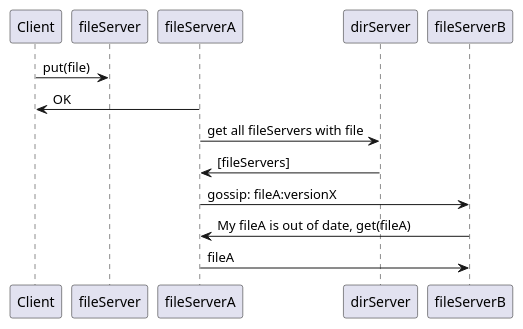
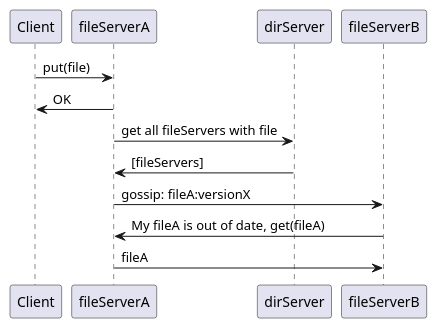
The fourth of 5 diagrams in report/diagrams.org (KillianDavitt/CS4032-DistributedFileSystem), drawn with PlantUML before and after one commit. The commit also changed other lines of this file and 1 other file, not shown here.

```diff
--- a/report/diagrams.org
+++ b/report/diagrams.org
@@ -40,12 +40,12 @@
 #+BEGIN_SRC plantuml :file replication.png
-Client -> fileServer: put(file)
+Client -> fileServerA: put(file)
 fileServerA -> Client: OK
 fileServerA -> dirServer: get all fileServers with file
 dirServer -> fileServerA: [fileServers]
 fileServerA -> fileServerB: gossip: fileA:versionX
 fileServerB -> fileServerA: My fileA is out of date, get(fileA)
 fileServerA -> fileServerB: fileA 
 ' similarly for the other fileServers provided
 
 
 #+END_SRC
```
